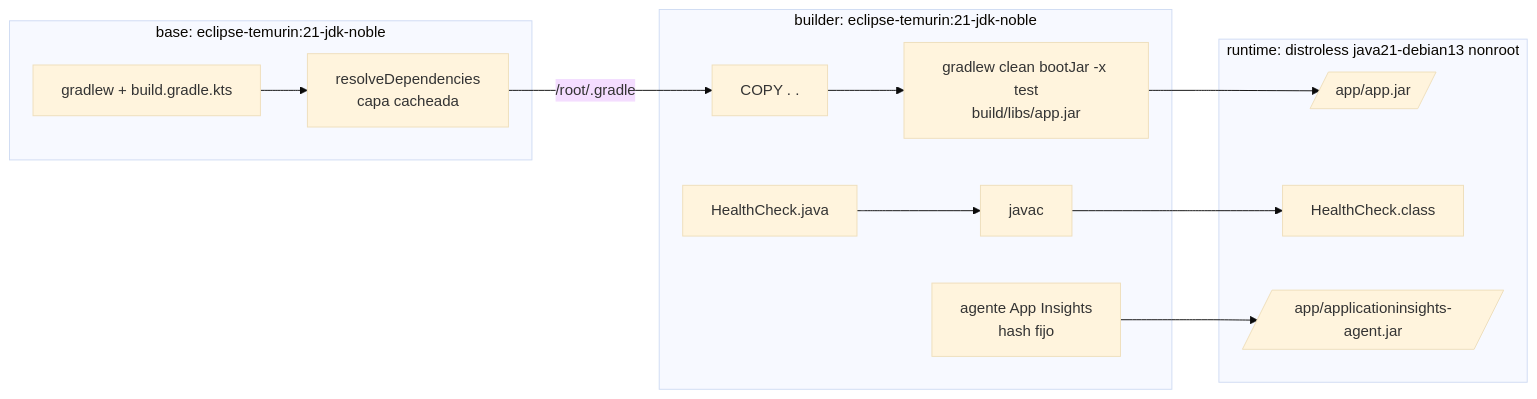
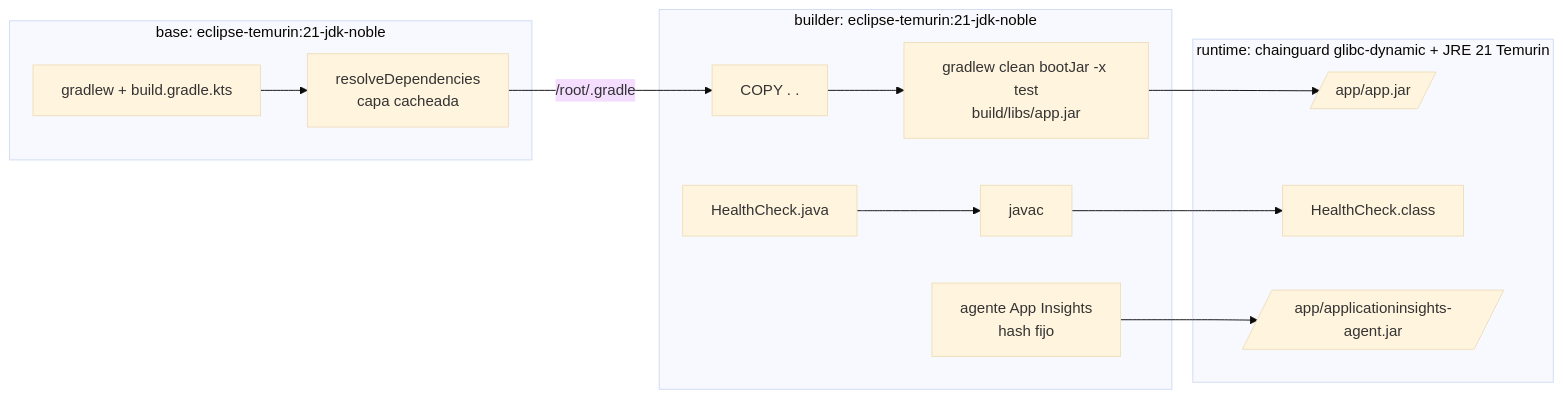
The first of 2 diagrams in docs/docker.md (Menguitahh/acr-securepassb), drawn with Mermaid (base theme) before and after one commit. The commit also changed other lines of this file and 5 other files, not shown here.

````diff
--- a/docs/docker.md
+++ b/docs/docker.md
@@ -8,16 +8,16 @@
 ```mermaid
 flowchart LR
     subgraph base["base: eclipse-temurin:21-jdk-noble"]
         A[gradlew + build.gradle.kts] --> B[resolveDependencies<br/>capa cacheada]
     end
     subgraph builder["builder: eclipse-temurin:21-jdk-noble"]
         B -->|/root/.gradle| C[COPY . .] --> D[gradlew clean bootJar -x test<br/>build/libs/app.jar]
         H[HealthCheck.java] --> I[javac]
         J[agente App Insights<br/>hash fijo]
     end
-    subgraph runtime["runtime: distroless java21-debian13 nonroot"]
+    subgraph runtime["runtime: chainguard glibc-dynamic + JRE 21 Temurin"]
         D --> F[/app/app.jar/]
         I --> G[HealthCheck.class]
         J --> K[/app/applicationinsights-agent.jar/]
     end
 ```
````
